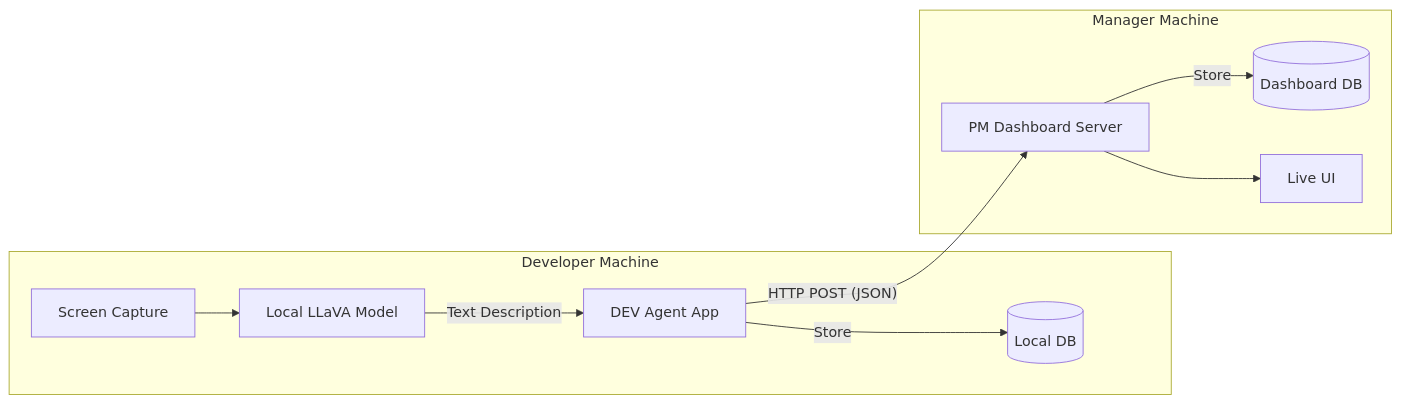
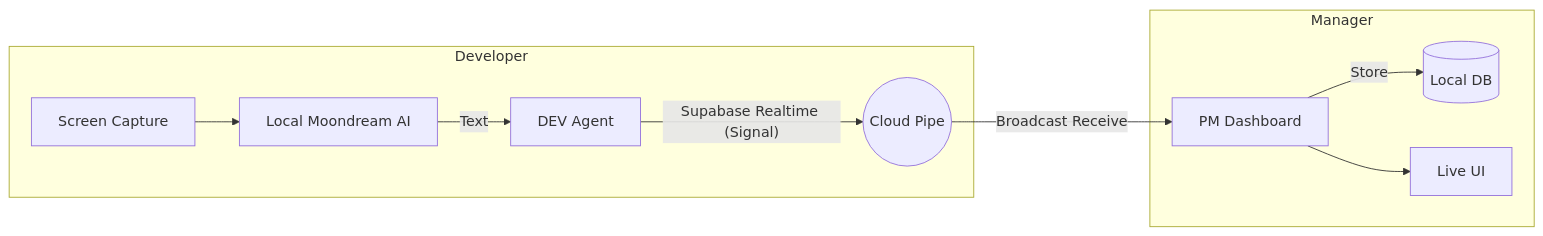
The diagram in README.md (Mancasvel/FlowSight.AI), drawn with Mermaid before and after one commit. The commit also changed other lines of this file and 10 other files, not shown here.

Commit message:
feat: Implement PM Dashboard application with activity reporting, developer management, and an HTTP server, alongside initial Agent application setup.

````diff
--- a/README.md
+++ b/README.md
@@ -55,14 +40,14 @@
 ```mermaid
 graph LR
-    subgraph Developer Machine
-        A[Screen Capture] --> B[Local LLaVA Model]
-        B -- "Text Description" --> C[DEV Agent App]
-        C -- "Store" --> D[(Local DB)]
+    subgraph Developer
+        A[Screen Capture] --> B[Local Moondream AI]
+        B -- "Text" --> C[DEV Agent]
+        C -- "Supabase Realtime (Signal)" --> D((Cloud Pipe))
     end
     
-    subgraph Manager Machine
-        C -- "HTTP POST (JSON)" --> E[PM Dashboard Server]
-        E -- "Store" --> F[(Dashboard DB)]
+    subgraph Manager
+        D -- "Broadcast Receive" --> E[PM Dashboard]
+        E -- "Store" --> F[(Local DB)]
         E --> G[Live UI]
     end
 ```
````
